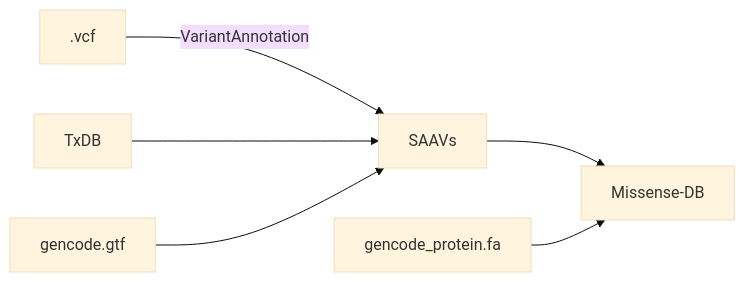
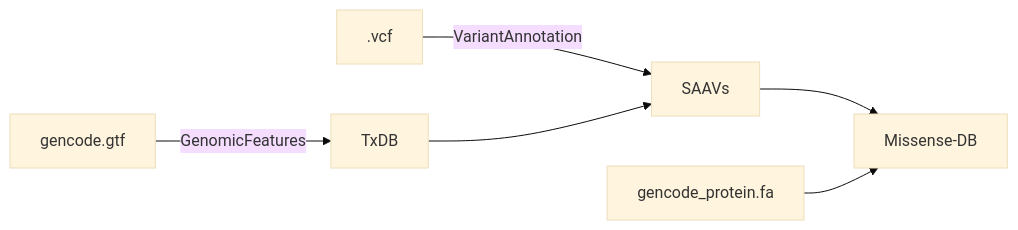
Before and after one commit to hdesai17/chemoproteogenomics: the diagram in README.md, drawn with Mermaid (base theme).

````diff
--- a/README.md
+++ b/README.md
@@ -19,8 +19,8 @@
 ```mermaid
 flowchart LR;
    .vcf-->|VariantAnnotation|SAAVs;
    TxDB -->SAAVs;
-   gencode.gtf-->SAAVs;
+   gencode.gtf-->|GenomicFeatures|TxDB;
    SAAVs-->Missense-DB;
    gencode_protein.fa-->Missense-DB;
 ```
````
